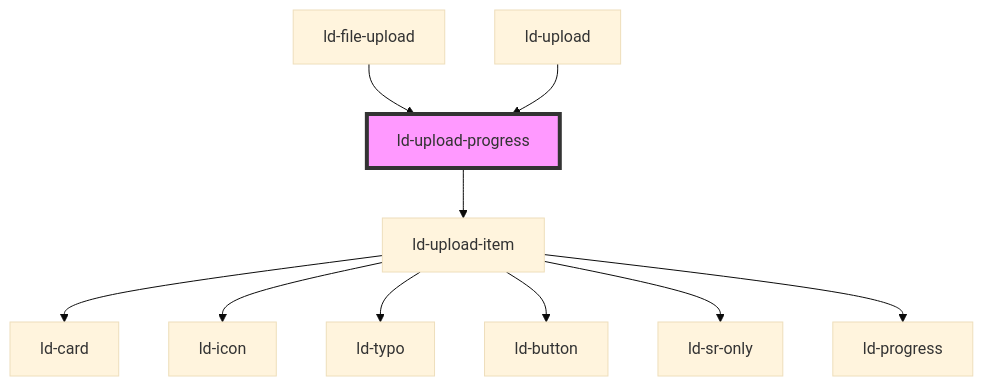
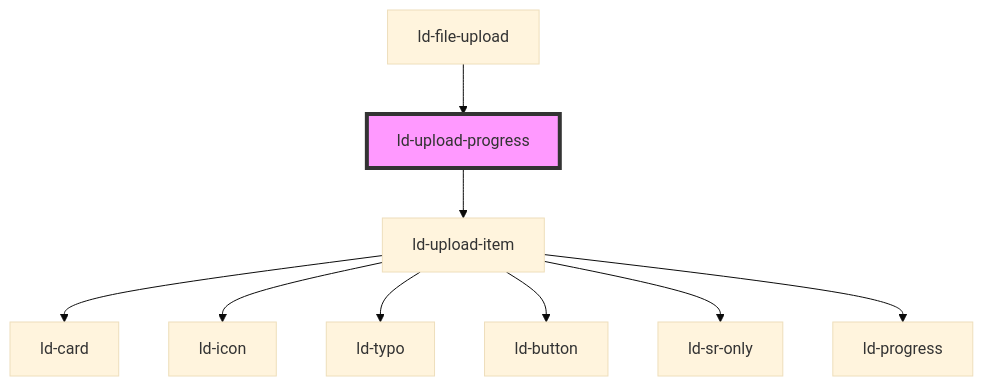
One commit to emdgroup-liquid/liquid changed the diagram in src/liquid/components/ld-file-upload/ld-upload-progress/readme.md. Above: the diagram before and after it, drawn with Mermaid (base theme). The commit also changed other lines of this file and 12 other files, not shown here.

````diff
--- a/src/liquid/components/ld-file-upload/ld-upload-progress/readme.md
+++ b/src/liquid/components/ld-file-upload/ld-upload-progress/readme.md
@@ -70,13 +69,12 @@
 ```mermaid
 graph TD;
   ld-upload-progress --> ld-upload-item
   ld-upload-item --> ld-card
   ld-upload-item --> ld-icon
   ld-upload-item --> ld-typo
   ld-upload-item --> ld-button
   ld-upload-item --> ld-sr-only
   ld-upload-item --> ld-progress
   ld-file-upload --> ld-upload-progress
-  ld-upload --> ld-upload-progress
   style ld-upload-progress fill:#f9f,stroke:#333,stroke-width:4px
 ```
````
